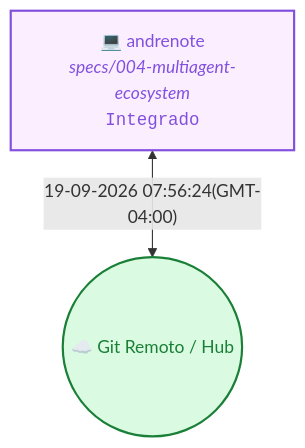
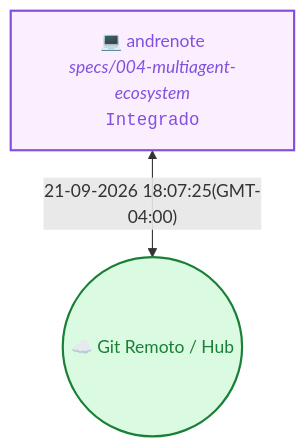
The diagram in README.md (vitalia-platform/vitalia-sdd-context), drawn with Mermaid before and after one commit. The commit also changed other lines of this file and 11 other files, not shown here.

````diff
--- a/README.md
+++ b/README.md
@@ -20,8 +20,8 @@
 ```mermaid
 flowchart TD
   Cloud(("☁️ Git Remoto / Hub"))
   M_7f367bd3["💻 andrenote<br/><i>specs/004-multiagent-ecosystem</i><br/><code>Integrado</code>"]
-  M_7f367bd3 <-->|"19-09-2026 07:56:24(GMT-04:00)"| Cloud
+  M_7f367bd3 <-->|"21-09-2026 18:07:25(GMT-04:00)"| Cloud
   style M_7f367bd3 stroke:#8250df,stroke-width:2px,fill:#fbefff,color:#8250df
   style Cloud stroke:#1a7f37,stroke-width:2px,fill:#dafbe1,color:#1a7f37
 ```
````
